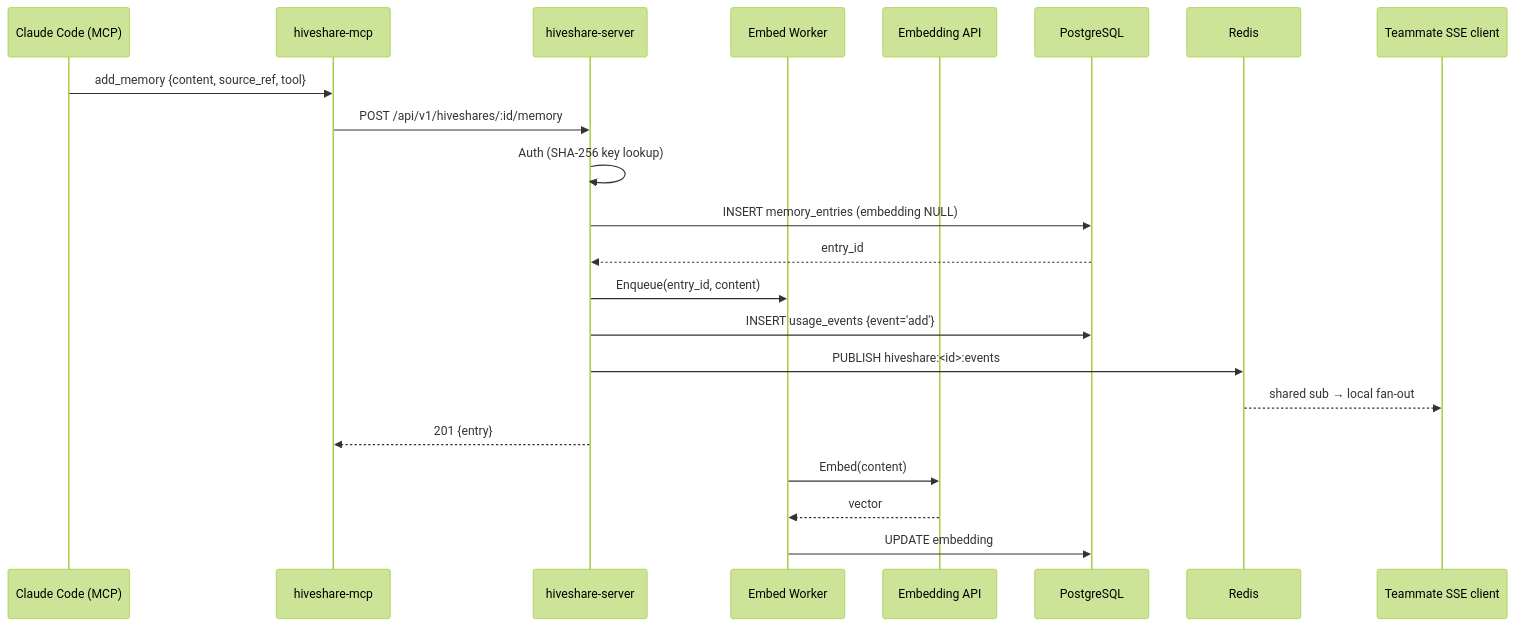
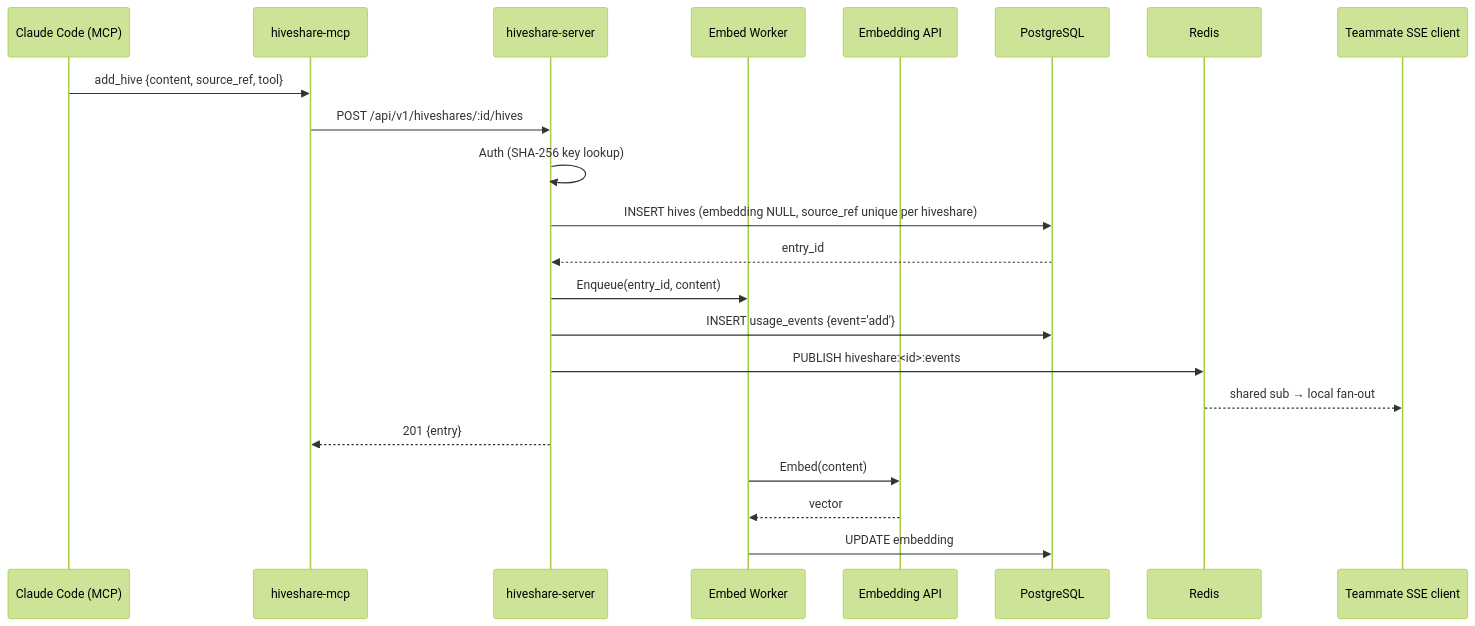
The fourth of 8 diagrams in docs/ARCHITECTURE.md (KB-perByte/hiveshare), drawn with Mermaid (forest theme) before and after one commit. The commit also changed other lines of this file and 30 other files, not shown here.

````diff
--- a/docs/ARCHITECTURE.md
+++ b/docs/ARCHITECTURE.md
@@ -162,25 +164,25 @@
 ```mermaid
 sequenceDiagram
     participant Claude as Claude Code (MCP)
     participant MCP as hiveshare-mcp
     participant API as hiveshare-server
     participant Worker as Embed Worker
     participant Embed as Embedding API
     participant PG as PostgreSQL
     participant Redis as Redis
     participant Tm as Teammate SSE client
 
-    Claude->>MCP: add_memory {content, source_ref, tool}
-    MCP->>API: POST /api/v1/hiveshares/:id/memory
+    Claude->>MCP: add_hive {content, source_ref, tool}
+    MCP->>API: POST /api/v1/hiveshares/:id/hives
     API->>API: Auth (SHA-256 key lookup)
-    API->>PG: INSERT memory_entries (embedding NULL)
+    API->>PG: INSERT hives (embedding NULL, source_ref unique per hiveshare)
     PG-->>API: entry_id
     API->>Worker: Enqueue(entry_id, content)
     API->>PG: INSERT usage_events {event='add'}
     API->>Redis: PUBLISH hiveshare:<id>:events
     Redis-->>Tm: shared sub → local fan-out
     API-->>MCP: 201 {entry}
     Worker->>Embed: Embed(content)
     Embed-->>Worker: vector
     Worker->>PG: UPDATE embedding
 ```
````
